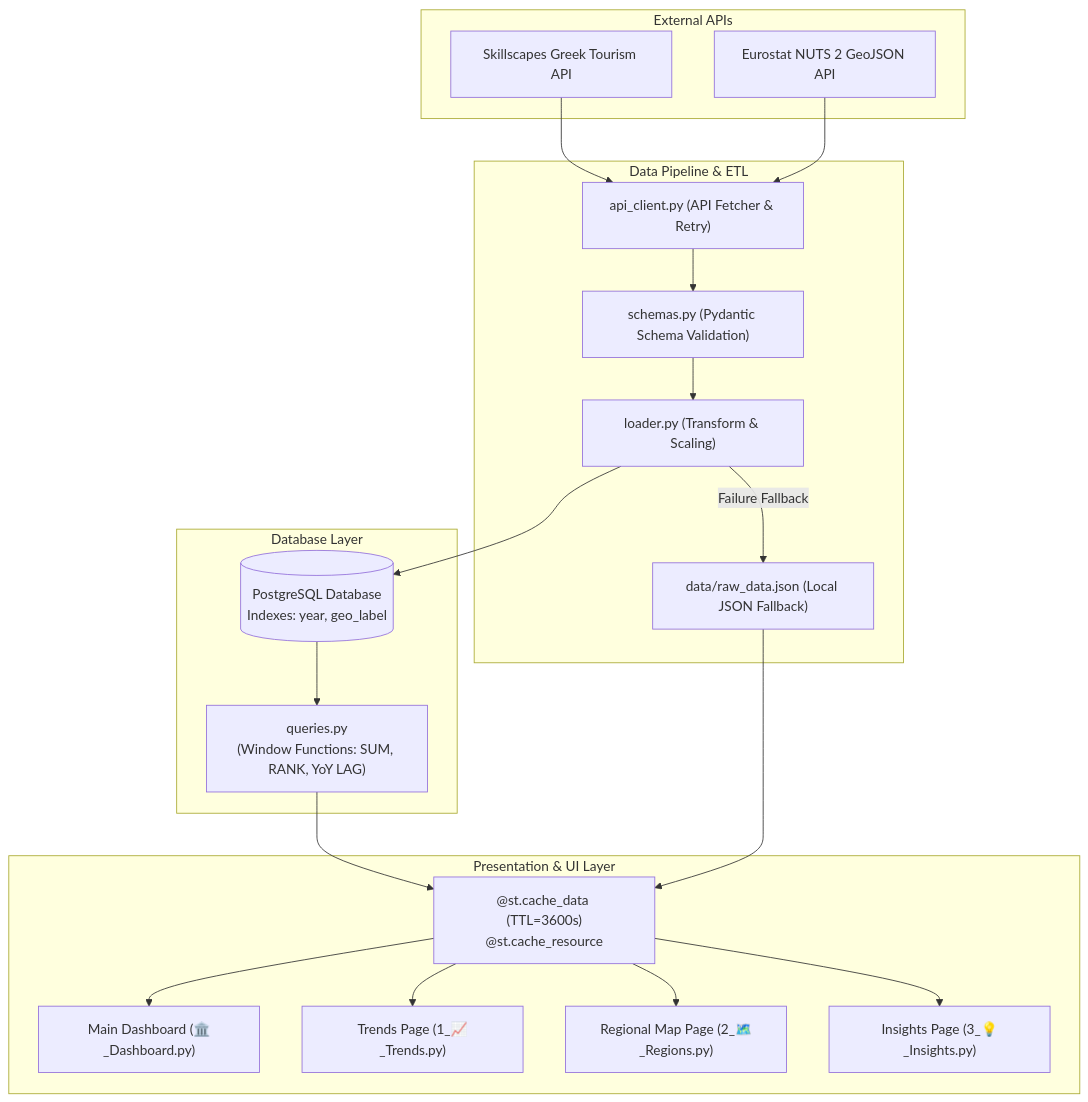
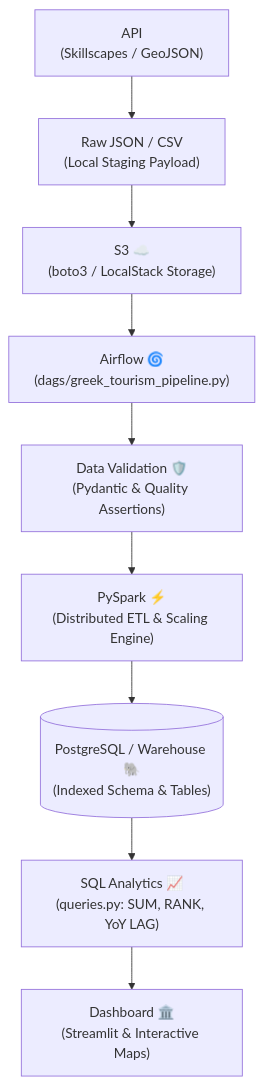
One commit to tsakirisand/Greek-Tourism-Analytics-Project changed the diagram in README.md. Above: the diagram before and after it, drawn with Mermaid. The commit also changed other lines of this file and 14 other files, not shown here.

Commit message:
feat: expand architecture to 9-stage pipeline (API -> S3 -> Airflow -> PySpark -> Postgres -> Dashboard)

````diff
--- a/README.md
+++ b/README.md
@@ -20,41 +40,11 @@
 ```mermaid
 flowchart TD
-    subgraph External APIs
-        API1["Skillscapes Greek Tourism API"]
-        API2["Eurostat NUTS 2 GeoJSON API"]
-    end
-
-    subgraph Data Pipeline & ETL
-        Client["api_client.py (API Fetcher & Retry)"]
-        Validator["schemas.py (Pydantic Schema Validation)"]
-        ETL["loader.py (Transform & Scaling)"]
-        Fallback["data/raw_data.json (Local JSON Fallback)"]
-    end
-
-    subgraph Database Layer
-        DB[("PostgreSQL Database\nIndexes: year, geo_label")]
-        SQLQueries["queries.py\n(Window Functions: SUM, RANK, YoY LAG)"]
-    end
-
-    subgraph Presentation & UI Layer
-        Dash["Main Dashboard (🏛️_Dashboard.py)"]
-        Trends["Trends Page (1_📈_Trends.py)"]
-        Regions["Regional Map Page (2_🗺️_Regions.py)"]
-        Insights["Insights Page (3_💡_Insights.py)"]
-        Cache["@st.cache_data (TTL=3600s)\n@st.cache_resource"]
-    end
-
-    API1 --> Client
-    API2 --> Client
-    Client --> Validator
-    Validator --> ETL
-    ETL --> DB
-    ETL -- Failure Fallback --> Fallback
-    DB --> SQLQueries
-    SQLQueries --> Cache
-    Fallback --> Cache
-    Cache --> Dash
-    Cache --> Trends
-    Cache --> Regions
-    Cache --> Insights
+    API["API\n(Skillscapes / GeoJSON)"] --> RAW["Raw JSON / CSV\n(Local Staging Payload)"]
+    RAW --> S3["S3 ☁️\n(boto3 / LocalStack Storage)"]
+    S3 --> AIRFLOW["Airflow 🌀\n(dags/greek_tourism_pipeline.py)"]
+    AIRFLOW --> VAL["Data Validation 🛡️\n(Pydantic & Quality Assertions)"]
+    VAL --> SPARK["PySpark ⚡\n(Distributed ETL & Scaling Engine)"]
+    SPARK --> PG[("PostgreSQL / Warehouse 🐘\n(Indexed Schema & Tables)")]
+    PG --> SQL["SQL Analytics 📈\n(queries.py: SUM, RANK, YoY LAG)"]
+    SQL --> DASH["Dashboard 🏛️\n(Streamlit & Interactive Maps)"]
 ```
````
